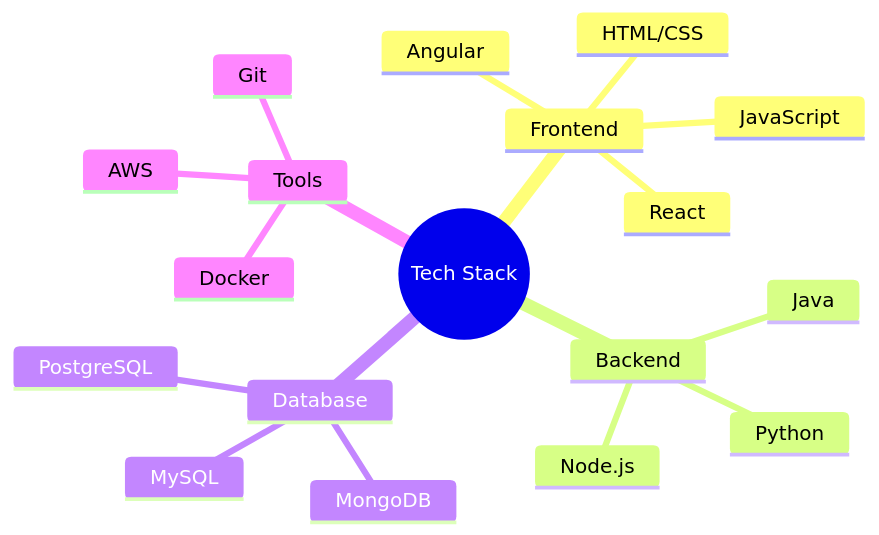
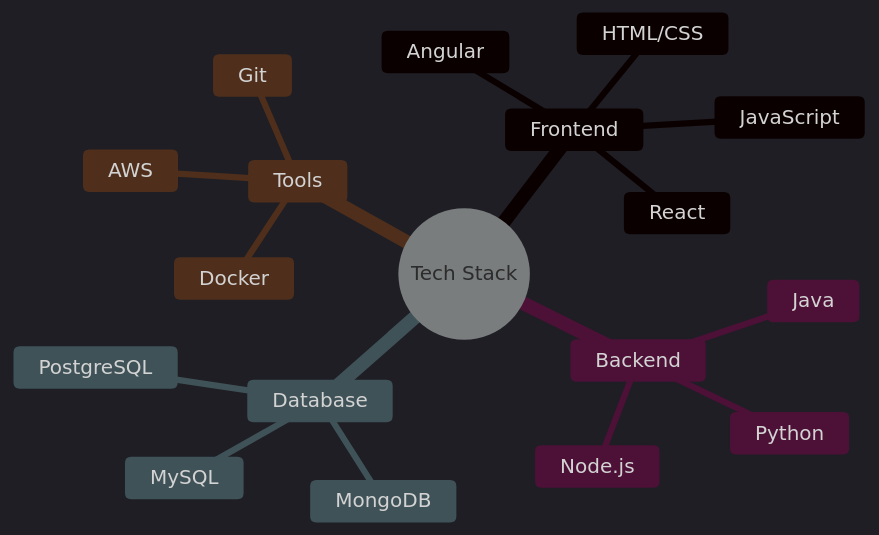
Before and after one commit to udithanayanajith/udithanayanajith: the first of 3 diagrams in README.md, drawn with Mermaid. The commit also changed other lines of this file, not shown here.

````diff
--- a/README.md
+++ b/README.md
@@ -12,21 +12,22 @@
 ```mermaid
+%%{init: {'theme': 'dark', 'themeVariables': { 'fontSize': '16px'}}}%%
 mindmap
   root((Tech Stack))
     Frontend
       HTML/CSS
       JavaScript
       React
       Angular
     Backend
       Node.js
       Python
       Java
     Database
       MongoDB
       MySQL
       PostgreSQL
     Tools
       Git
       Docker
       AWS
 ```
````
